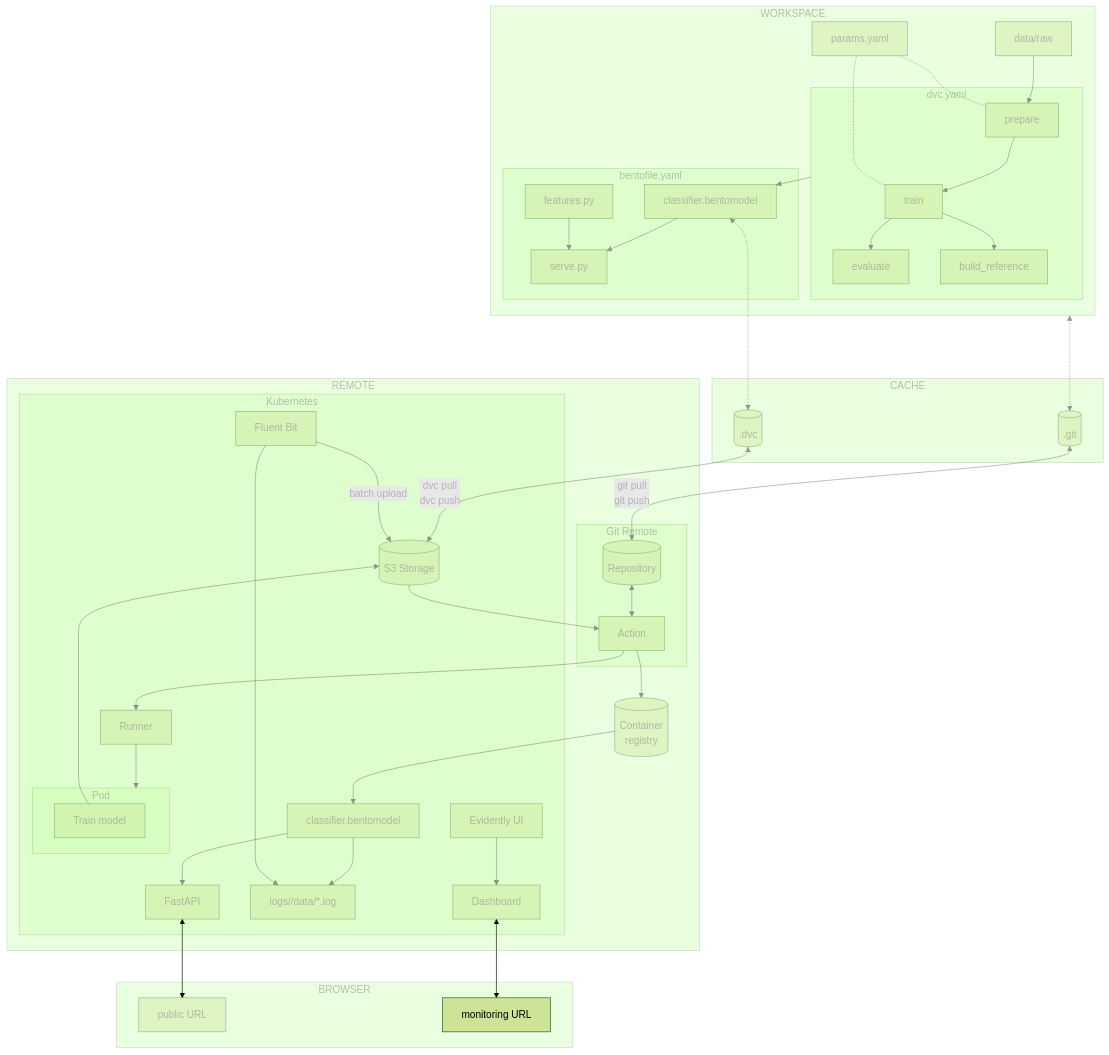
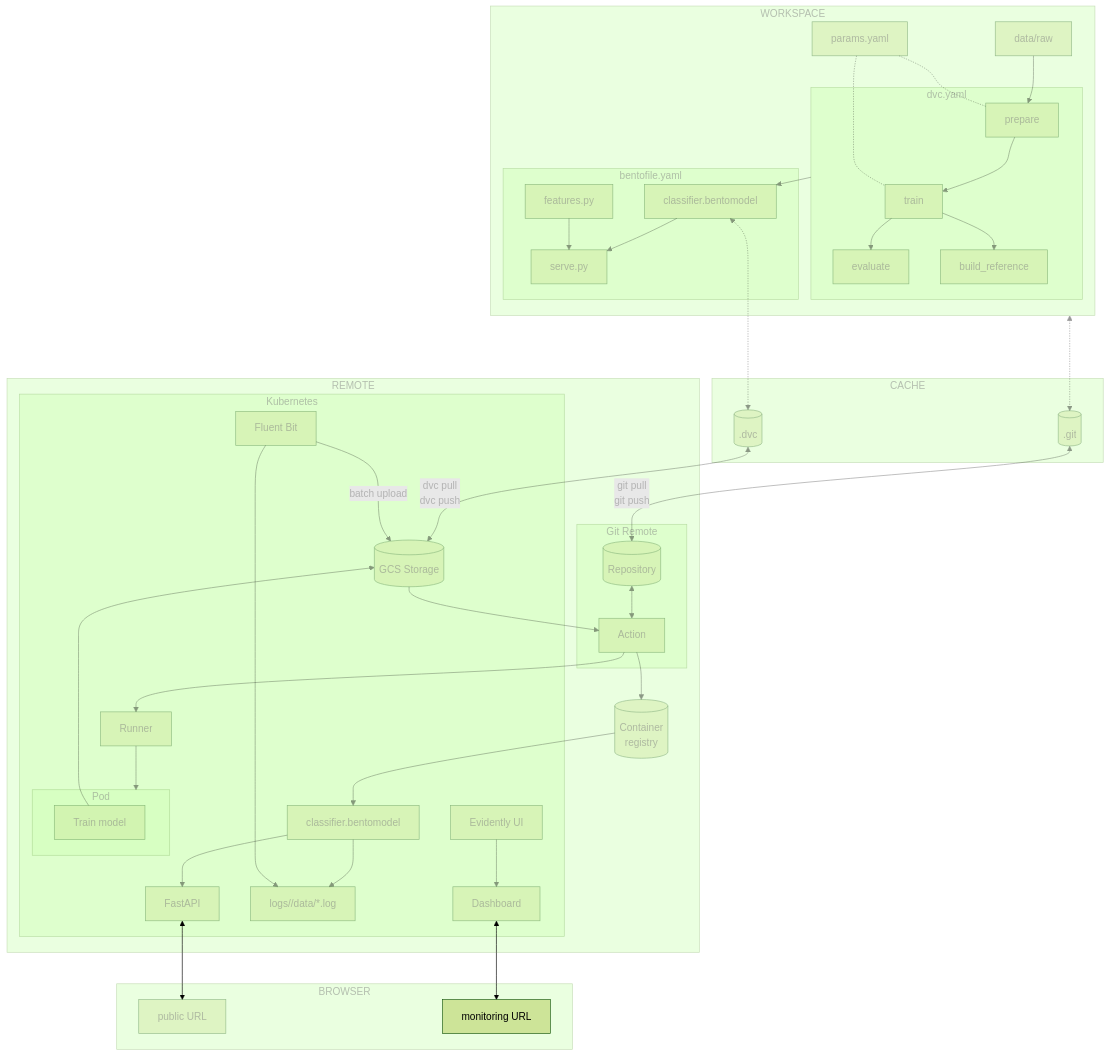
Before and after one commit to swiss-ai-center/a-guide-to-mlops: the diagram in docs/part-4-monitor-and-maintain/chapter-43-deploy-and-access-the-monitoring-on-kubernetes.md, drawn with Mermaid (forest theme). The commit also changed other lines of this file, not shown here.

First line of the commit message:
Switch chapter 4.3 from S3 to Google Cloud Storage

````diff
--- a/docs/part-4-monitor-and-maintain/chapter-43-deploy-and-access-the-monitoring-on-kubernetes.md
+++ b/docs/part-4-monitor-and-maintain/chapter-43-deploy-and-access-the-monitoring-on-kubernetes.md
@@ -24,7 +25,7 @@
 ```mermaid
 flowchart TB
     dot_dvc[(.dvc)] <-->|dvc pull
-                         dvc push| s3_storage[(S3 Storage)]
+                         dvc push| gcs_storage[(GCS Storage)]
     dot_git[(.git)] <-->|git pull
                          git push| repository[(Repository)]
     workspaceGraph <-....-> dot_git
@@ -54,12 +55,12 @@
     end
 
     subgraph remoteGraph[REMOTE]
-        s3_storage
+        gcs_storage
         subgraph gitGraph[Git Remote]
             repository[(Repository)] <--> action[Action]
         end
         action --> registry
-        s3_storage --> action
+        gcs_storage --> action
         subgraph clusterGraph[Kubernetes]
             subgraph clusterPodGraph[Pod]
                 pod_train[Train model]
@@ -68,11 +69,11 @@
             bento_service_cluster[classifier.bentomodel] --> k8s_fastapi[FastAPI]
             bento_service_cluster --> cluster_logs["logs/<name>/data/*.log"]
             fluent_bit[Fluent Bit] --> cluster_logs
-            fluent_bit -->|batch upload| s3_storage
+            fluent_bit -->|batch upload| gcs_storage
             evidently_ui[Evidently UI] --> k8s_evidentlyui[Dashboard]
         end
         action --> pod_runner
-        pod_train --> s3_storage
+        pod_train --> gcs_storage
 
         registry[(Container
                   registry)] --> bento_service_cluster
@@ -104,7 +105,7 @@
     style dot_git opacity:0.4,color:#7f7f7f80
     style dot_dvc opacity:0.4,color:#7f7f7f80
     style repository opacity:0.4,color:#7f7f7f80
-    style s3_storage opacity:0.4,color:#7f7f7f80
+    style gcs_storage opacity:0.4,color:#7f7f7f80
     style action opacity:0.4,color:#7f7f7f80
     style registry opacity:0.4,color:#7f7f7f80
     style bento_service_cluster opacity:0.4,color:#7f7f7f80
````
